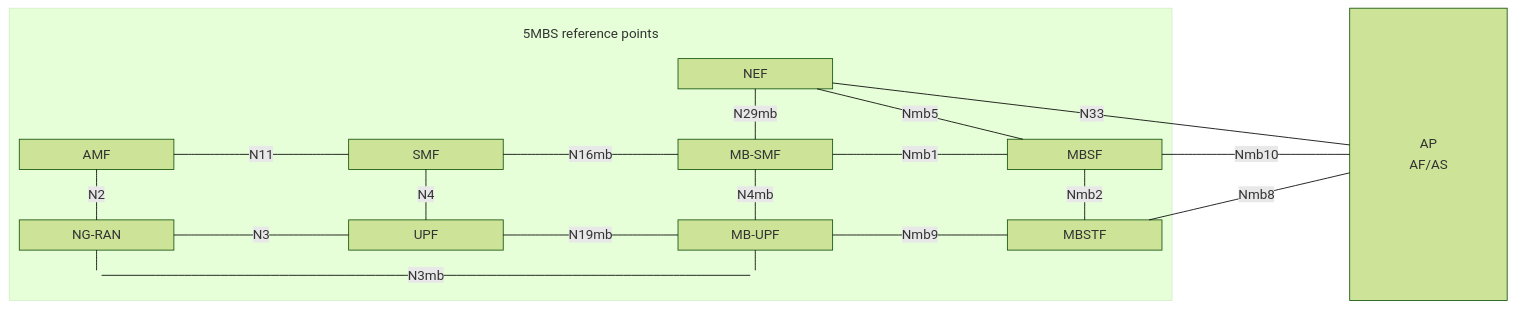
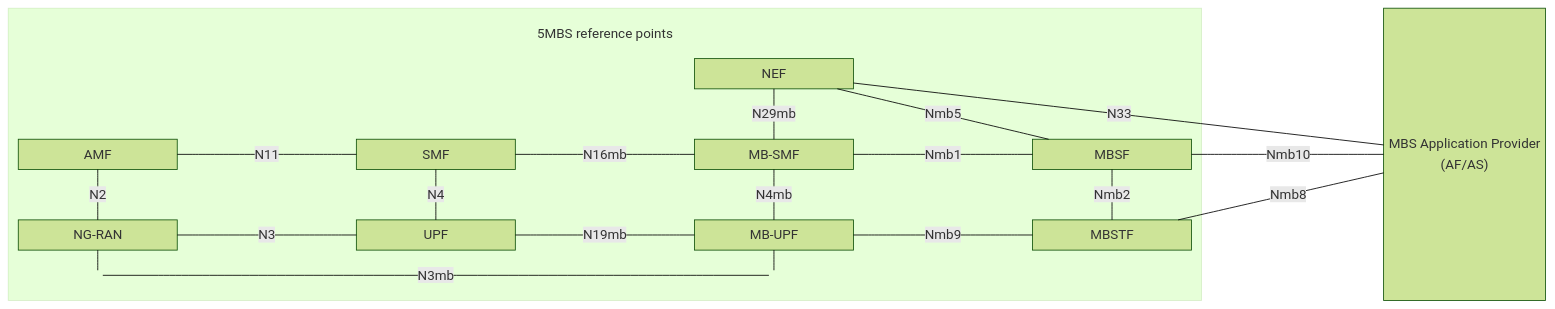
One commit to 5G-MAG/Getting-Started changed the first of 6 diagrams in pages/5g-multicast-broadcast-services/tutorials/mbstf.md. Above: the diagram before and after it, drawn with Mermaid (forest theme). The commit also changed other lines of this file and 3 other files, not shown here.

````diff
--- a/pages/5g-multicast-broadcast-services/tutorials/mbstf.md
+++ b/pages/5g-multicast-broadcast-services/tutorials/mbstf.md
@@ -21,45 +21,45 @@
 ```mermaid
 ---
 title: "MBSTF and associated 5G NFs"
 config:
   block:
     padding: 12
     useMaxWidth: true
 ---
 block-beta
   columns 9
   block:g1:7
     columns 7
     space:3 text1["5MBS reference points"] space:3
     space:4 NEF["NEF"]:3
     space:7
     AMF["AMF"] space SMF["SMF"] space MBSMF["MB-SMF"] space MBSF["MBSF"]
     space:7
     RAN["NG-RAN"] space UPF["UPF"] space MBUPF["MB-UPF"] space MBSTF["MBSTF"]
     invis1((" ")) space:3 invis2((" ")) space:2
   end
-  space AP["AP\nAF/AS"]
+  space AP["MBS Application Provider\n(AF/AS)"]
 
   NEF-- "N29mb" ---MBSMF
   NEF-- "Nmb5" ---MBSF
   MBSF-- "Nmb1" ---MBSMF
   MBSMF-- "N16mb" ---SMF
   MBSF-- "Nmb2" ---MBSTF
   MBSMF-- "N4mb" ---MBUPF
   MBSTF-- "Nmb9" ---MBUPF
   MBUPF-- "N19mb" ---UPF
   SMF-- "N4" ---UPF
   SMF-- "N11" ---AMF
   UPF-- "N3" ---RAN
   AMF-- "N2" ---RAN
   MBUPF---invis2
   invis2-- "N3mb" ---invis1
   invis1---RAN
   AP-- "N33" ---NEF
   AP-- "Nmb10" ---MBSF
   AP-- "Nmb8" ---MBSTF
 
   style invis1 fill:#0000,stroke:#0000,color:#0000
   style invis2 fill:#0000,stroke:#0000,color:#0000
   style text1 fill:#0000,stroke:#0000
 ```
````
